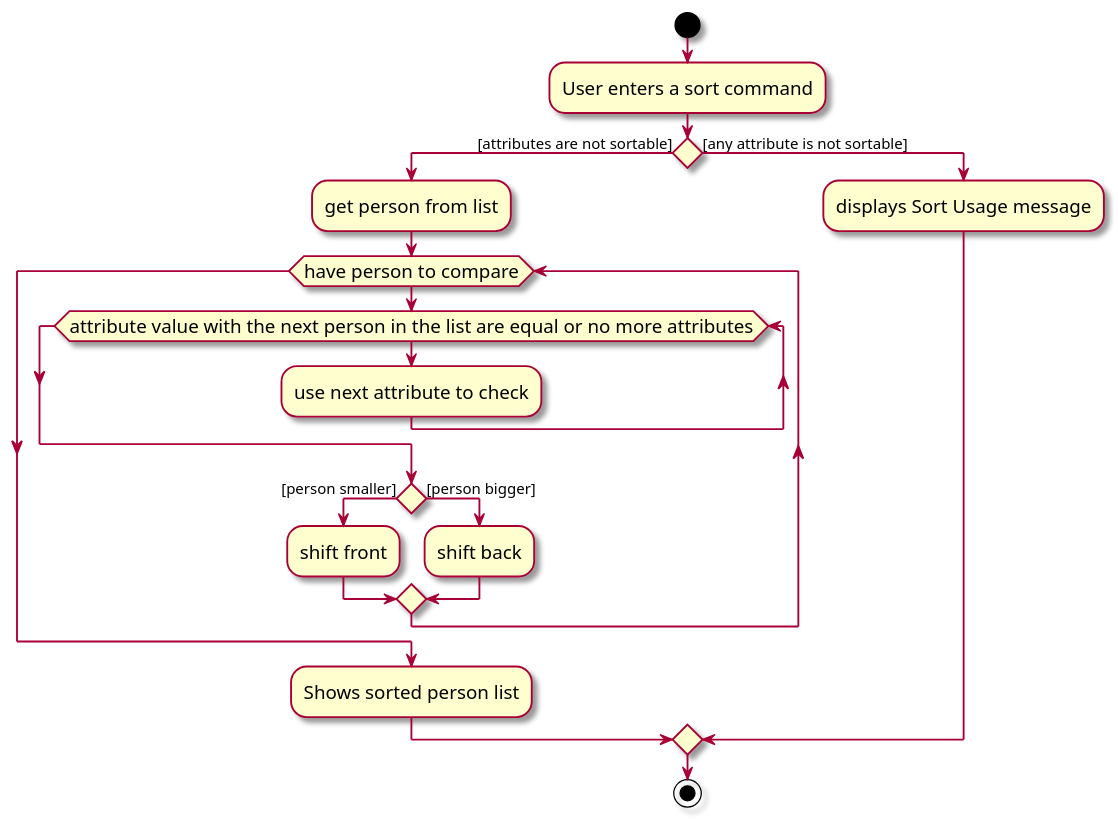
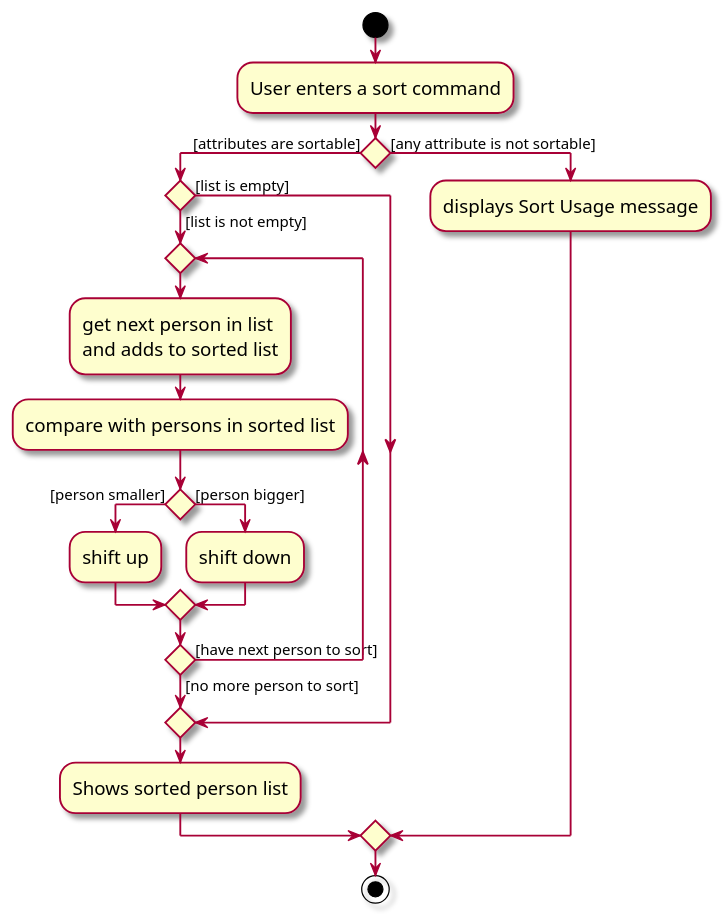
One commit to whitesnowx/tp changed the diagram in docs/diagrams/SortActivityDiagram.puml. Above: the diagram before and after it, drawn with PlantUML. The commit also changed 2 other files, not shown here.

Commit message:
Update sort activity diagram and reoragnise implementation in developer guide

```diff
--- a/docs/diagrams/SortActivityDiagram.puml
+++ b/docs/diagrams/SortActivityDiagram.puml
@@ -1,26 +1,29 @@
 @startuml
 skin rose
 skinparam ActivityFontSize 15
 skinparam ArrowFontSize 12
 start
 :User enters a sort command;
 
 
-if() then ([attributes are not sortable])
-    :get person from list;
-        while (have person to compare)
-            while(attribute value with the next person in the list are equal or no more attributes)
-                :use next attribute to check;
-            endwhile
-            if() then ([person smaller])
-                :shift front;
-            else([person bigger])
-                :shift back;
+if() then ([attributes are sortable])
+    if () then ([list is not empty])
+        repeat
+            :get next person in list
+            and adds to sorted list;
+            :compare with persons in sorted list;
+            if () then ([person smaller])
+                :shift up;
+            else ([person bigger])
+                :shift down;
             endif
-        endwhile
+        repeat while () is ([have next person to sort]) not ([no more person to sort])
+
+    else ([list is empty])
+    endif
     :Shows sorted person list;
 else([any attribute is not sortable])
     :displays Sort Usage message;
 endif
 stop
 @enduml
```
